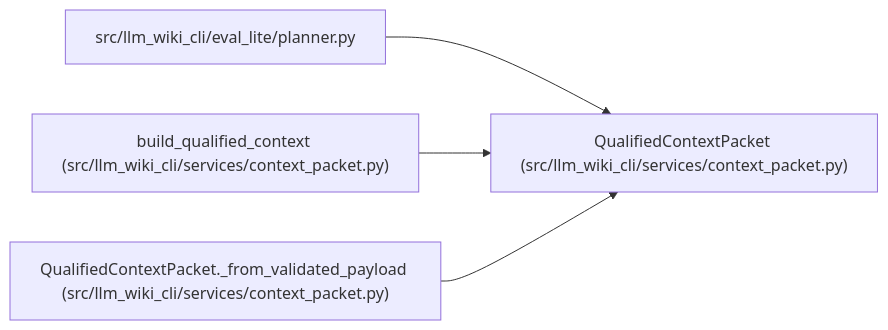
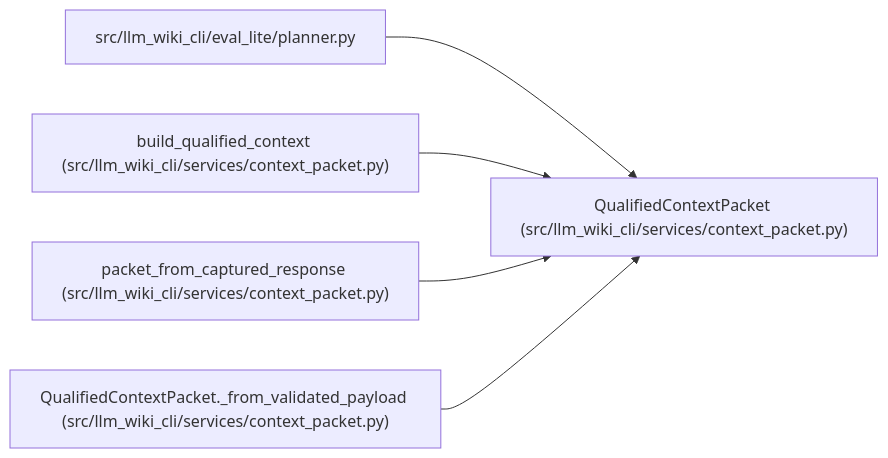
The diagram in docs/llm_wiki/entities/QualifiedContextPacket.md (Denissvgn/python-wiki-llm), drawn with Mermaid before and after one commit. The commit also changed other lines of this file and 152 other files, not shown here.

````diff
--- a/docs/llm_wiki/entities/QualifiedContextPacket.md
+++ b/docs/llm_wiki/entities/QualifiedContextPacket.md
@@ -34,14 +34,17 @@
 ```mermaid
 flowchart LR
     n0["QualifiedContextPacket (src/llm_wiki_cli/services/context_packet.py)"]
     n1["src/llm_wiki_cli/eval_lite/planner.py"]
     n2["build_qualified_context (src/llm_wiki_cli/services/context_packet.py)"]
-    n3["QualifiedContextPacket._from_validated_payload (src/llm_wiki_cli/services/context_packet.py)"]
+    n3["packet_from_captured_response (src/llm_wiki_cli/services/context_packet.py)"]
+    n4["QualifiedContextPacket._from_validated_payload (src/llm_wiki_cli/services/context_packet.py)"]
     n1 --> n0
     n2 --> n0
     n3 --> n0
+    n4 --> n0
     click n0 "../modules/context_packet.md"
     click n1 "../modules/planner.md"
     click n2 "../modules/context_packet.md"
     click n3 "../modules/context_packet.md"
+    click n4 "../modules/context_packet.md"
 ```
````
